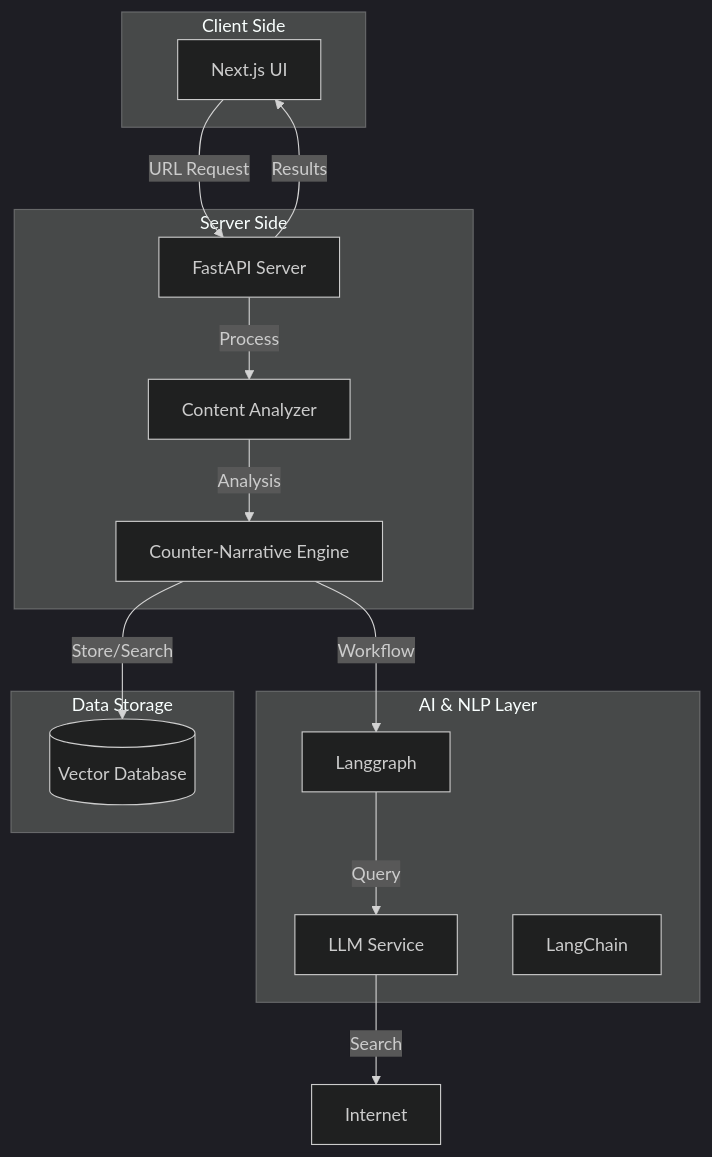
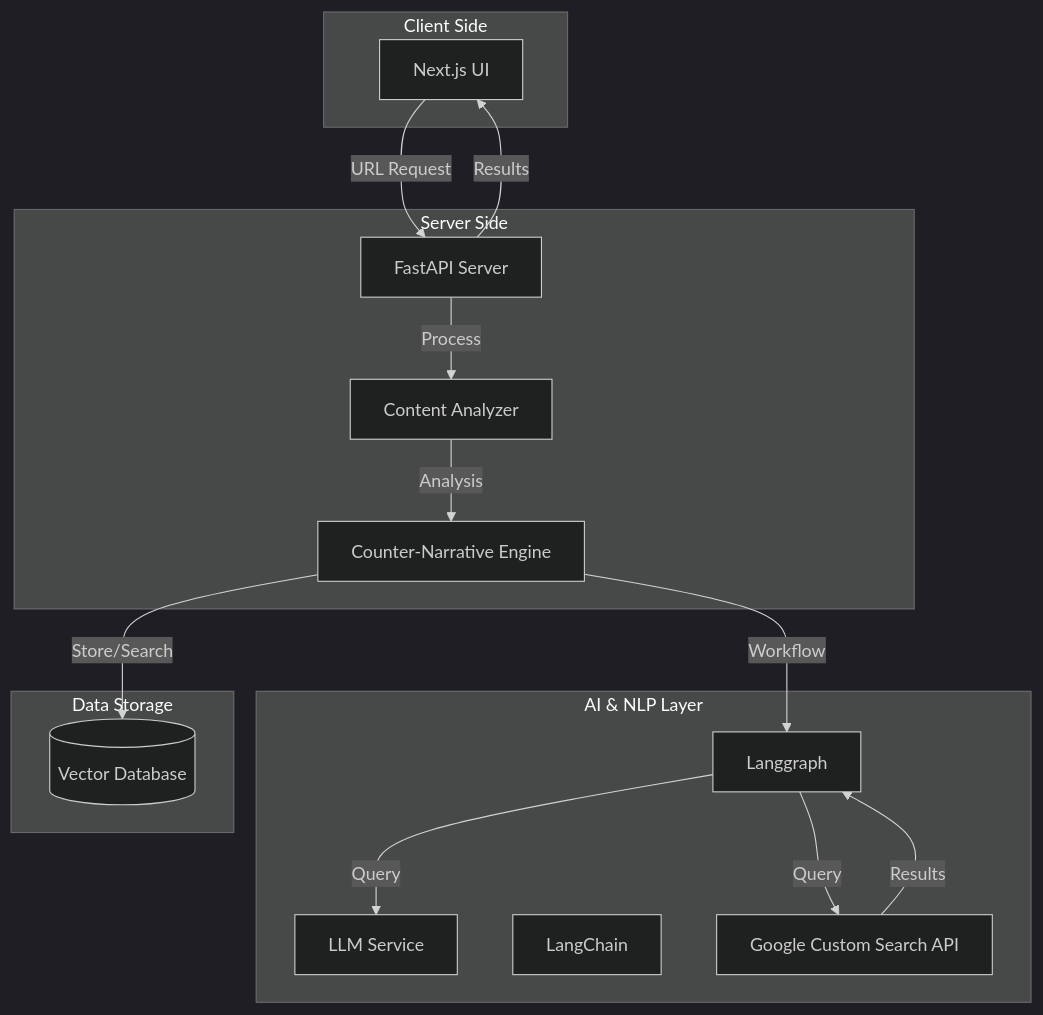
Before and after one commit to Kaustubh1204/Perspective: the second of 2 diagrams in README.md, drawn with Mermaid (dark theme). The commit also changed other lines of this file, not shown here.

Commit message:
docs: add Google Custom Search API instructions and update architecture diagram

````diff
--- a/README.md
+++ b/README.md
@@ -175,31 +197,33 @@
 ```mermaid
 graph TB
     subgraph Client Side
         UI[Next.js UI]
     end
 
     subgraph Server Side
         API[FastAPI Server]
         Analyzer[Content Analyzer]
         CNEngine[Counter-Narrative Engine]
     end
 
     subgraph AI & NLP Layer
         LLM[LLM Service]
         LangChain[LangChain]
         Langgraph[Langgraph]
+        GCS[Google Custom Search API]
     end
 
     subgraph Data Storage
         VectorDB[(Vector Database)]
     end
 
     UI -->|URL Request| API
     API -->|Process| Analyzer
     Analyzer -->|Analysis| CNEngine
     CNEngine -->|Workflow| Langgraph
     Langgraph -->|Query| LLM
-    LLM -->|Search| Internet
+    Langgraph -->|Query| GCS
+    GCS -->|Results| Langgraph
     CNEngine -->|Store/Search| VectorDB
     API -->|Results| UI
 ```
````
